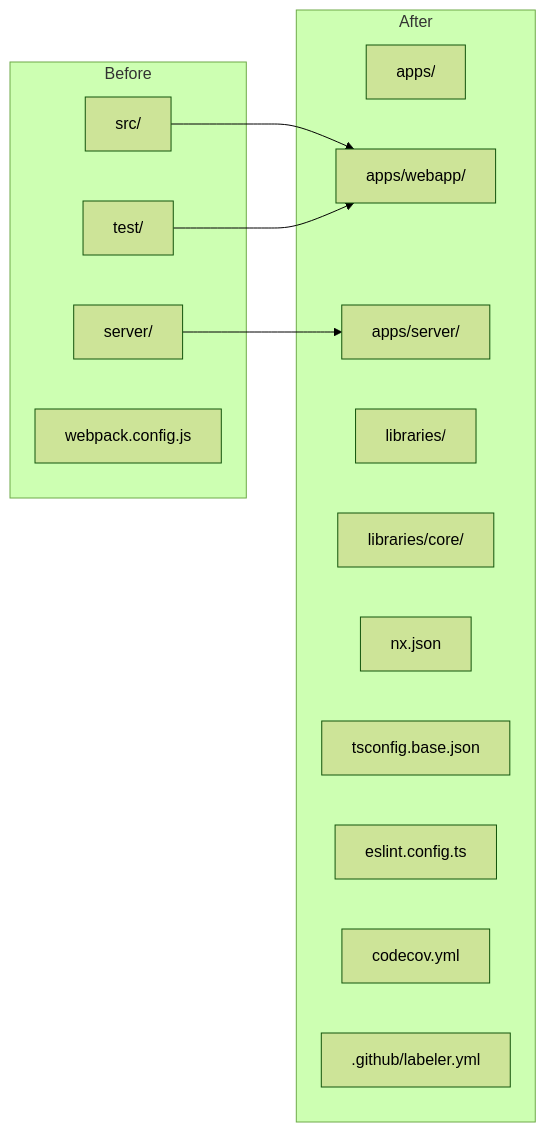
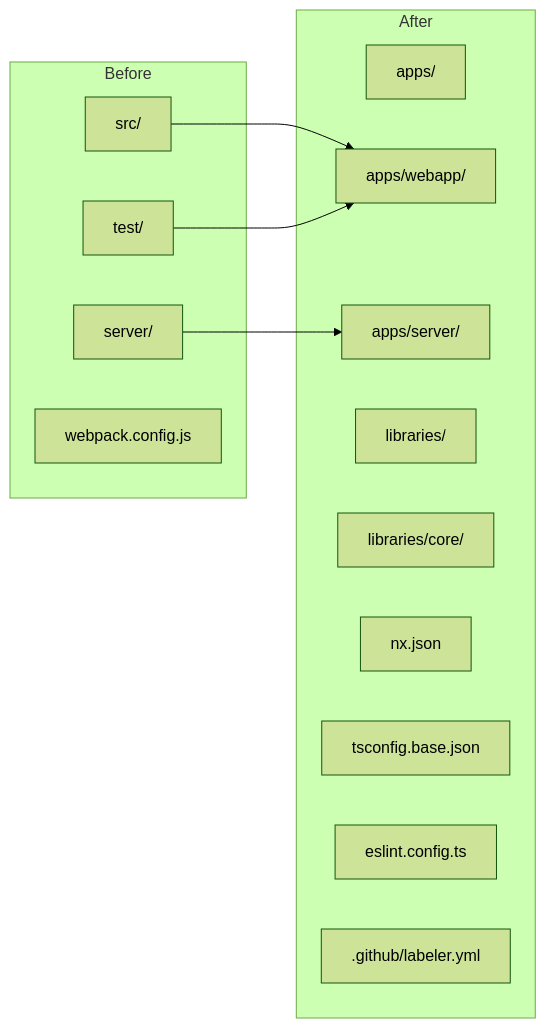
Before and after one commit to wireapp/wire-webapp: the first of 3 diagrams in docs/nx-monorepo-integration-overview.md, drawn with Mermaid (forest theme). The commit also changed other lines of this file and 12 other files, not shown here.

````diff
--- a/docs/nx-monorepo-integration-overview.md
+++ b/docs/nx-monorepo-integration-overview.md
@@ -63,26 +63,25 @@
 ```mermaid
 graph LR
     subgraph Before
         A[server/]
         B[src/]
         C[test/]
         D[webpack.config.js]
     end
 
     subgraph After
         E[apps/]
         E1[apps/webapp/]
         E2[apps/server/]
         F[libraries/]
         F1[libraries/core/]
         G[nx.json]
         H[tsconfig.base.json]
         I[eslint.config.ts]
-        J[codecov.yml]
-        K[.github/labeler.yml]
+        J[.github/labeler.yml]
     end
 
     A --> E2
     B --> E1
     C --> E1
 ```
````
